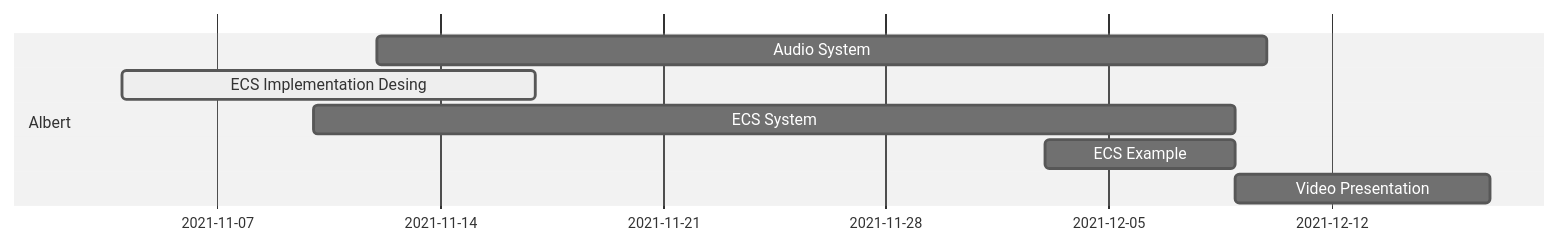
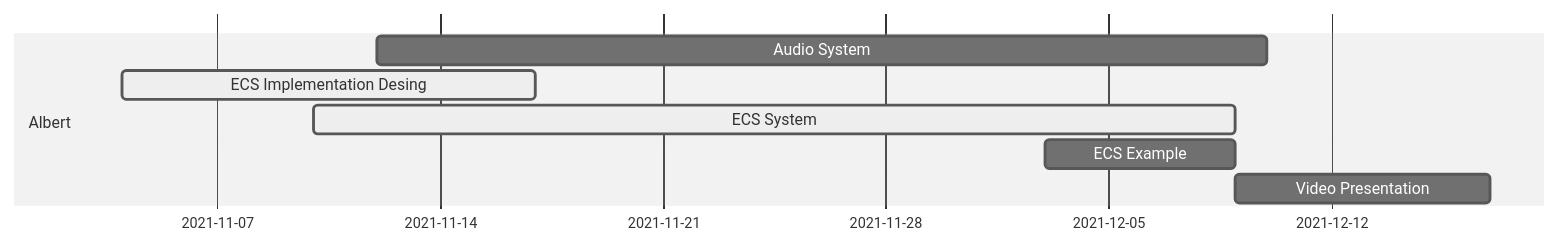
One commit to IlkkaTakala/Eril-Engine changed the third of 8 diagrams in docs/ProjectPlan.md. Above: the diagram before and after it, drawn with Mermaid (neutral theme). The commit also changed other lines of this file, not shown here.

Commit message:
Updated timelines

````diff
--- a/docs/ProjectPlan.md
+++ b/docs/ProjectPlan.md
@@ -76,11 +77,11 @@
 ```mermaid
 gantt
 dateFormat  DD-MM
 
 section Albert
 Audio System            :         ades1, 12-11, 28d
 ECS Implementation Desing:active, ades2, 04-11, 13d
-ECS System              :         ades3, 10-11, 09-12
+ECS System              :active,  ades3, 10-11, 09-12
 ECS Example             :         ades4, 03-12, 09-12
 Video Presentation      :         ades5, 09-12, 17-12
 ```
````
